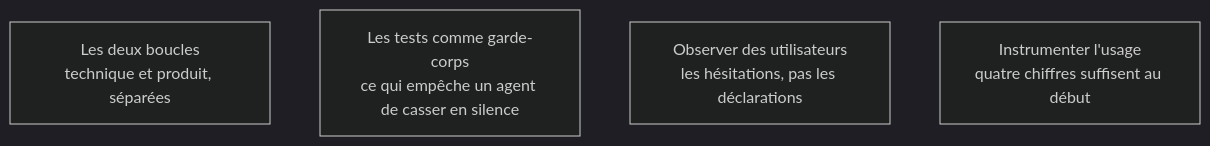
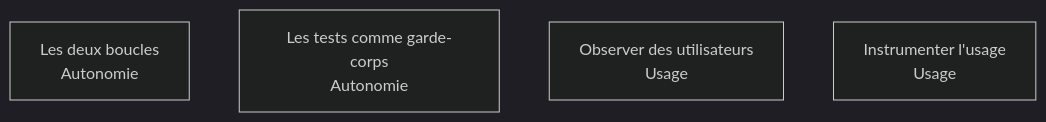
One commit to floSa/Atlas-Metiers-Roadmaps changed the diagram in content/parcours/ai-product-builder/tests-et-mesure-d-usage/index.md. Above: the diagram before and after it, drawn with Mermaid (dark theme). The commit also changed other lines of this file and 7 other files, not shown here.

````diff
--- a/content/parcours/ai-product-builder/tests-et-mesure-d-usage/index.md
+++ b/content/parcours/ai-product-builder/tests-et-mesure-d-usage/index.md
@@ -11,12 +11,12 @@
 ```mermaid
 flowchart TD
-  B["Les deux boucles<br/>technique et produit, séparées"]
-  T["Les tests comme garde-corps<br/>ce qui empêche un agent de casser en silence"]
-  O["Observer des utilisateurs<br/>les hésitations, pas les déclarations"]
-  I["Instrumenter l'usage<br/>quatre chiffres suffisent au début"]
+  B["Les deux boucles<br/>Autonomie"]
+  T["Les tests comme garde-corps<br/>Autonomie"]
+  O["Observer des utilisateurs<br/>Usage"]
+  I["Instrumenter l'usage<br/>Usage"]
 
   click B "/parcours/ai-product-builder/tests-et-mesure-d-usage/les-deux-boucles"
   click T "/parcours/ai-product-builder/tests-et-mesure-d-usage/les-tests-comme-garde-corps"
   click O "/parcours/ai-product-builder/tests-et-mesure-d-usage/observer-des-utilisateurs"
   click I "/parcours/ai-product-builder/tests-et-mesure-d-usage/instrumenter-l-usage"
 ```
````
